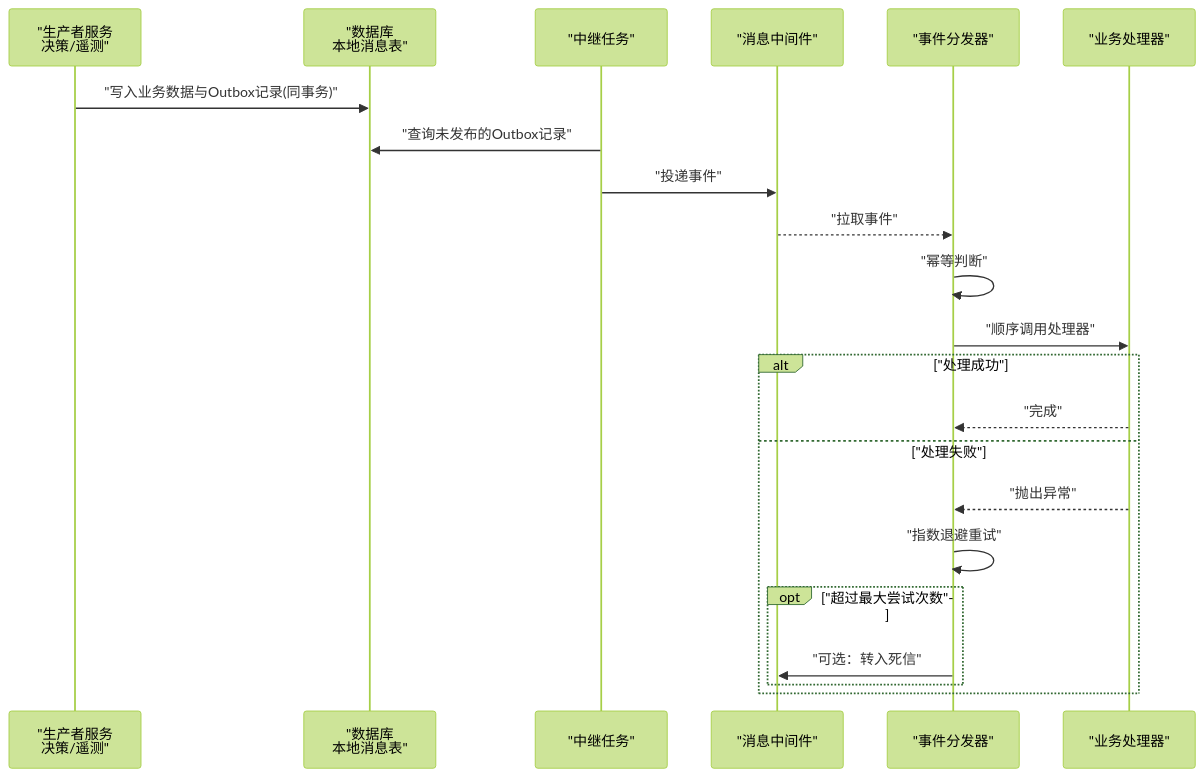
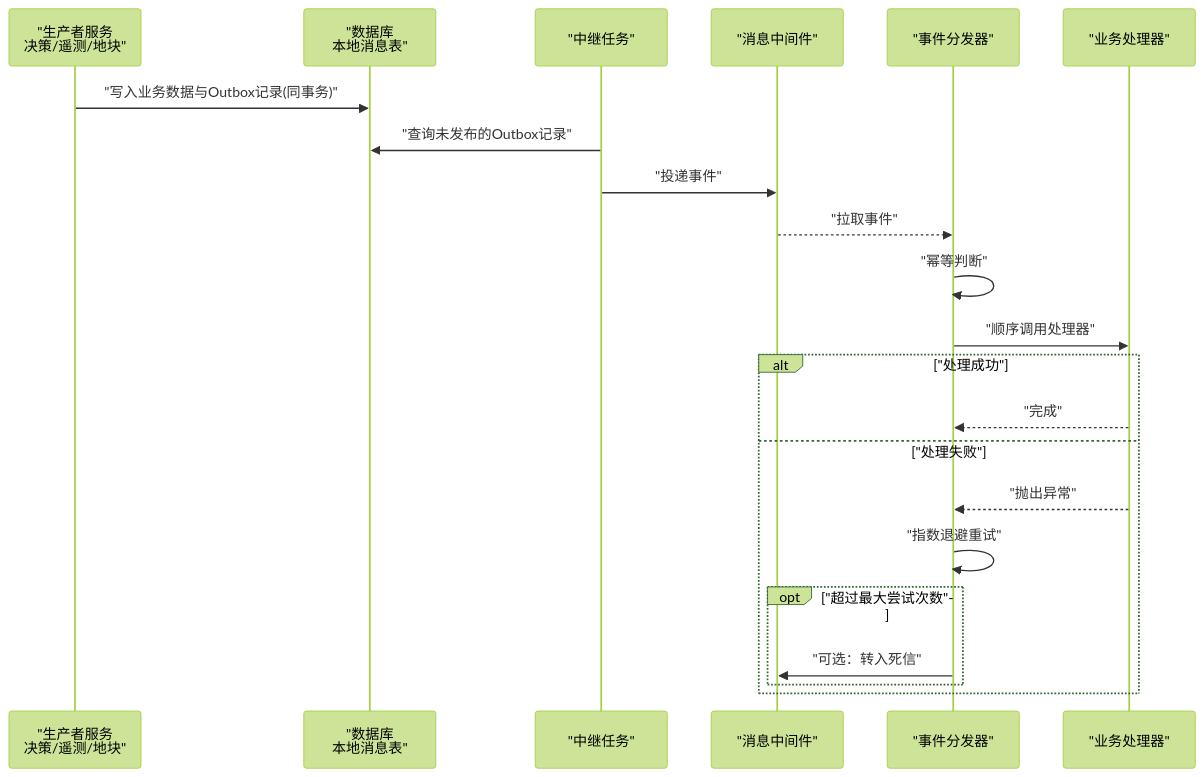
The second of 15 diagrams in .qoder/repowiki/zh/content/架构设计/事件驱动架构/事件驱动架构.md (q446328246/agri-platform), drawn with Mermaid (forest theme) before and after one commit. The commit also changed other lines of this file and 52 other files, not shown here.

````diff
--- a/.qoder/repowiki/zh/content/架构设计/事件驱动架构/事件驱动架构.md
+++ b/.qoder/repowiki/zh/content/架构设计/事件驱动架构/事件驱动架构.md
@@ -110,24 +121,24 @@
 ```mermaid
 sequenceDiagram
-participant Producer as "生产者服务<br/>决策/遥测"
+participant Producer as "生产者服务<br/>决策/遥测/地块"
 participant DB as "数据库<br/>本地消息表"
 participant Relay as "中继任务"
 participant Broker as "消息中间件"
 participant Dispatcher as "事件分发器"
 participant Consumer as "业务处理器"
 Producer->>DB : "写入业务数据与Outbox记录(同事务)"
 Relay->>DB : "查询未发布的Outbox记录"
 Relay->>Broker : "投递事件"
 Broker-->>Dispatcher : "拉取事件"
 Dispatcher->>Dispatcher : "幂等判断"
 Dispatcher->>Consumer : "顺序调用处理器"
 alt "处理成功"
 Consumer-->>Dispatcher : "完成"
 else "处理失败"
 Consumer-->>Dispatcher : "抛出异常"
 Dispatcher->>Dispatcher : "指数退避重试"
 opt "超过最大尝试次数"
 Dispatcher->>Broker : "可选：转入死信"
 end
 end
 ```
````
